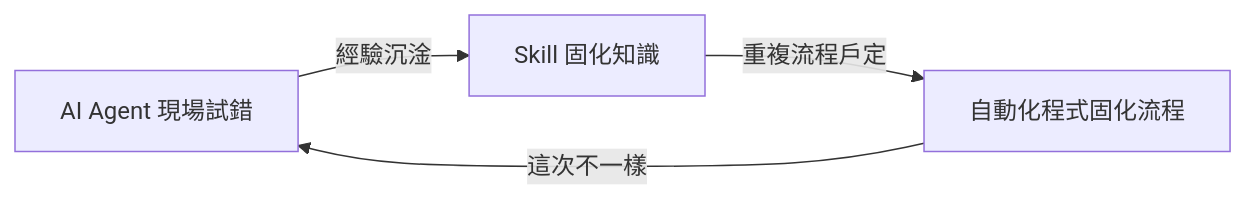
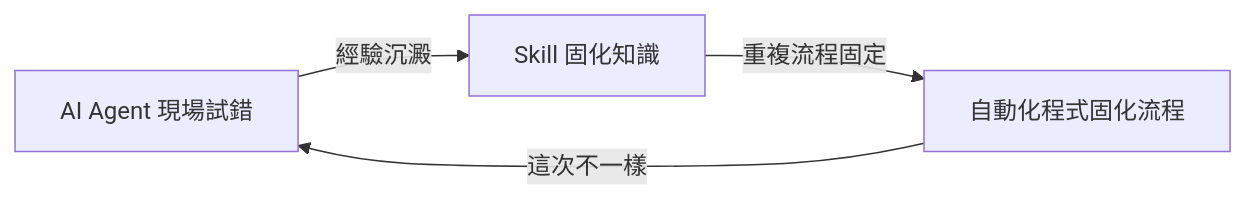
The diagram in PyAEDT Getting Started/05. 轉換模擬助理為自動化程式.md (linmingchih/Training-Material), drawn with Mermaid before and after one commit. The commit also changed other lines of this file and 6 other files, not shown here.

````diff
--- a/PyAEDT Getting Started/05. 轉換模擬助理為自動化程式.md
+++ b/PyAEDT Getting Started/05. 轉換模擬助理為自動化程式.md
@@ -24,6 +36,6 @@
 ```mermaid
 graph LR
-    A[AI Agent 現場試錯] --經驗沉淦--> B[Skill 固化知識]
-    B --重複流程戶定--> C[自動化程式固化流程]
+    A[AI Agent 現場試錯] --經驗沉澱--> B[Skill 固化知識]
+    B --重複流程固定--> C[自動化程式固化流程]
     C --這次不一樣--> A
 ```
````
